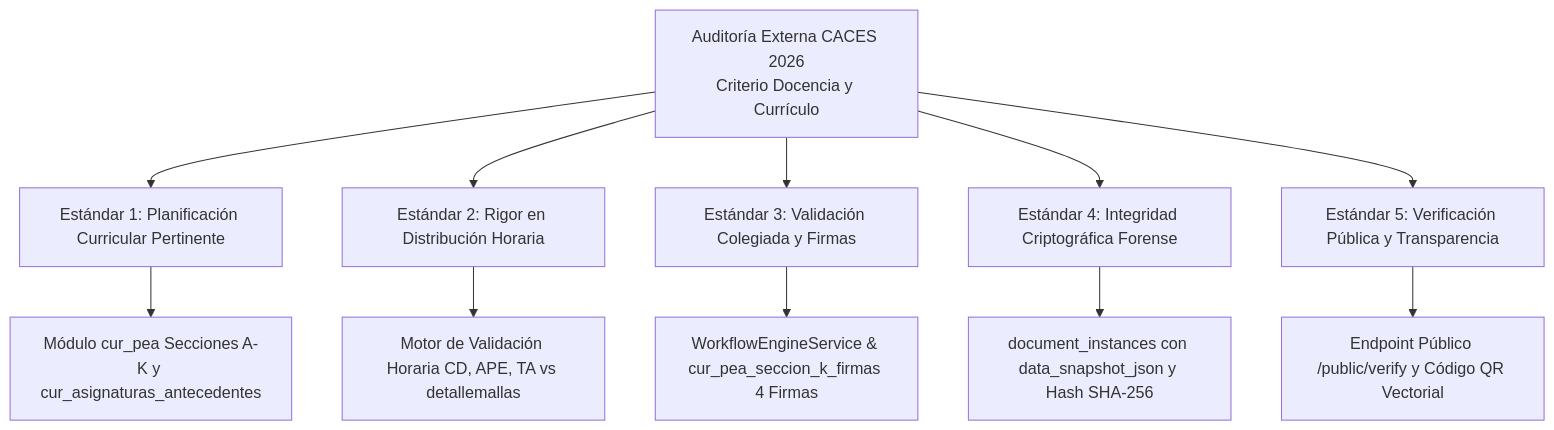
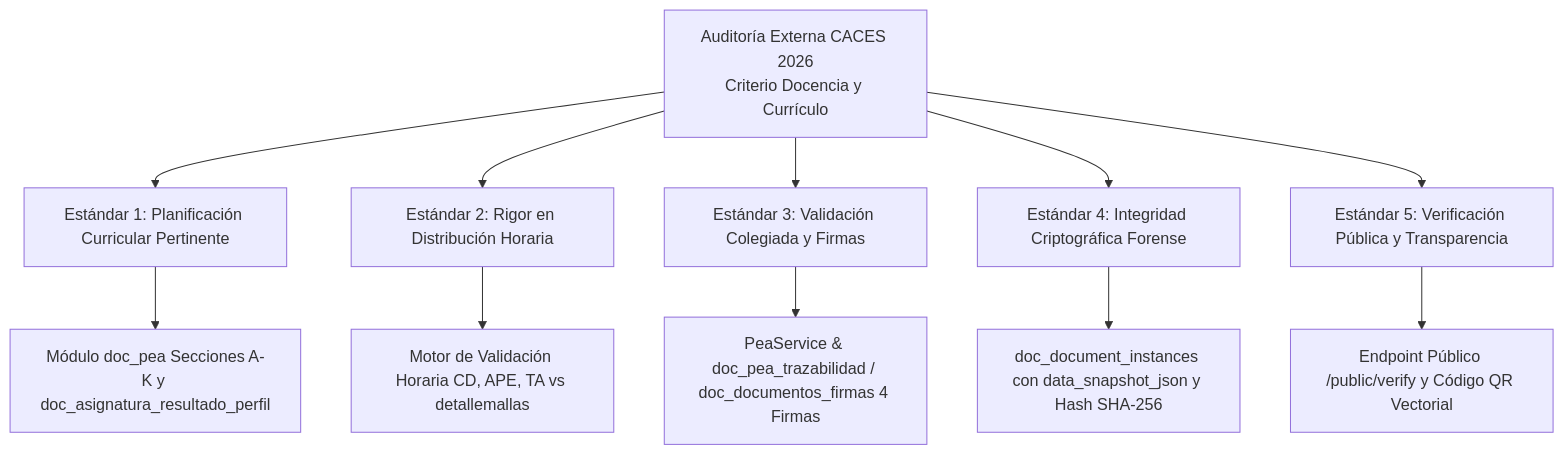
One commit to JorgeDoicela/dosier changed the diagram in docs/documentacion/07-despliegue-y-operaciones/02-guia-acreditacion-caces-2026.md. Above: the diagram before and after it, drawn with Mermaid. The commit also changed other lines of this file and 19 other files, not shown here.

````diff
--- a/docs/documentacion/07-despliegue-y-operaciones/02-guia-acreditacion-caces-2026.md
+++ b/docs/documentacion/07-despliegue-y-operaciones/02-guia-acreditacion-caces-2026.md
@@ -13,14 +13,14 @@
 ```mermaid
 graph TD
     AuditCACES[Auditoría Externa CACES 2026\nCriterio Docencia y Currículo] --> E1[Estándar 1: Planificación Curricular Pertinente]
     AuditCACES --> E2[Estándar 2: Rigor en Distribución Horaria]
     AuditCACES --> E3[Estándar 3: Validación Colegiada y Firmas]
     AuditCACES --> E4[Estándar 4: Integridad Criptográfica Forense]
     AuditCACES --> E5[Estándar 5: Verificación Pública y Transparencia]
 
-    E1 --> ModPEA[Módulo cur_pea Secciones A-K y cur_asignaturas_antecedentes]
+    E1 --> ModPEA[Módulo doc_pea Secciones A-K y doc_asignatura_resultado_perfil]
     E2 --> ValMalla[Motor de Validación Horaria CD, APE, TA vs detallemallas]
-    E3 --> WFSign[WorkflowEngineService & cur_pea_seccion_k_firmas 4 Firmas]
-    E4 --> HashDB[document_instances con data_snapshot_json y Hash SHA-256]
+    E3 --> WFSign[PeaService & doc_pea_trazabilidad / doc_documentos_firmas 4 Firmas]
+    E4 --> HashDB[doc_document_instances con data_snapshot_json y Hash SHA-256]
     E5 --> QRNode[Endpoint Público /public/verify y Código QR Vectorial]
 ```
````
